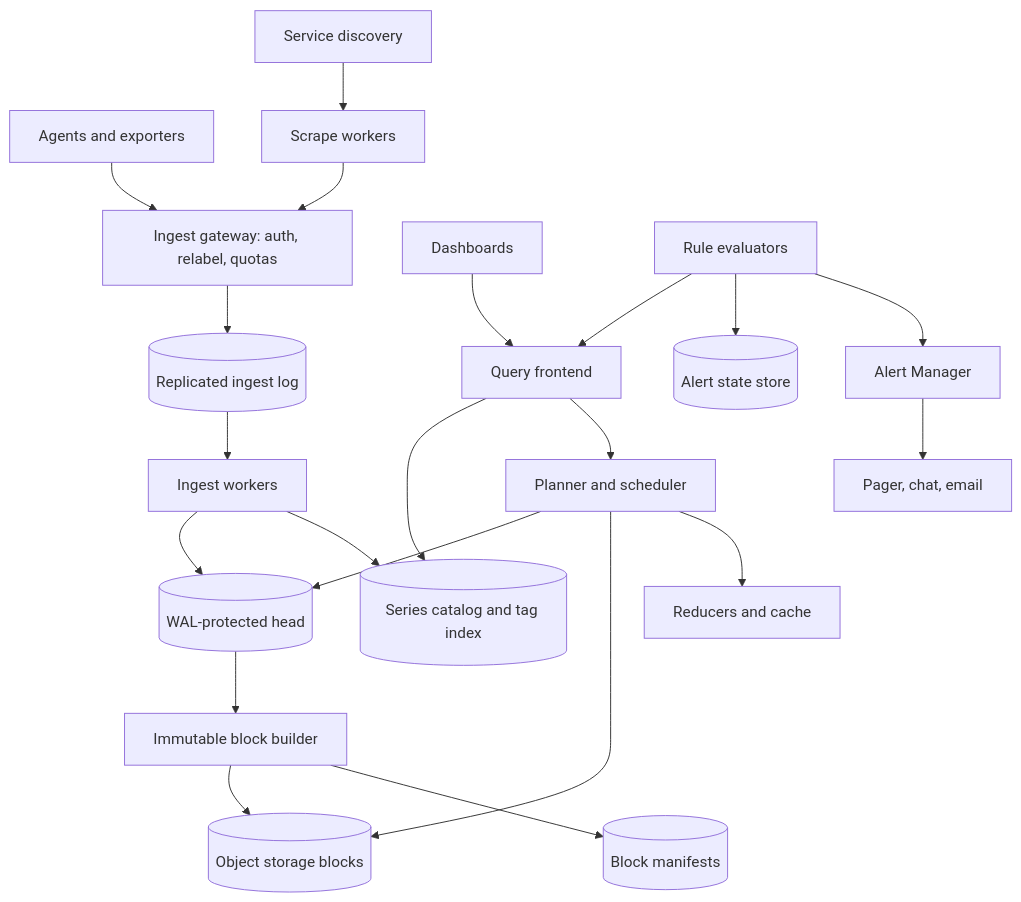
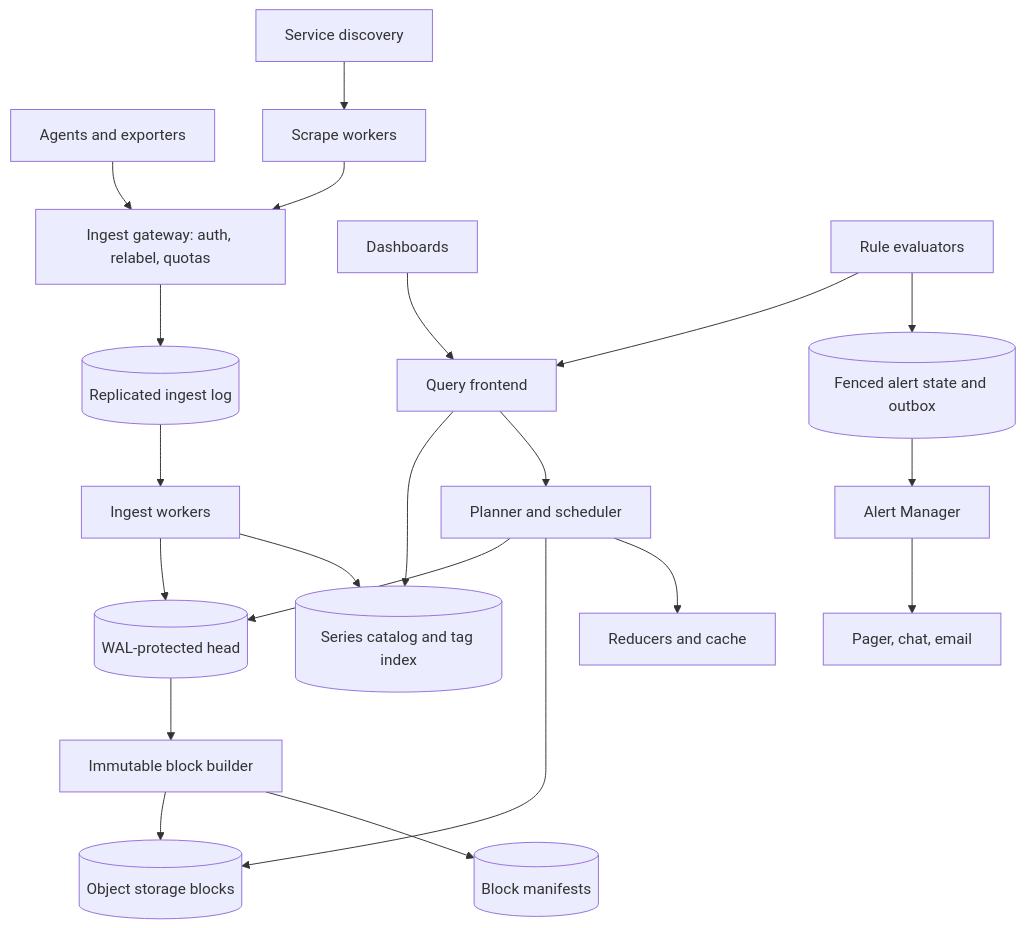
Before and after one commit to Pranshu258/system-design: the second of 5 diagrams in metrics-monitoring-system-design.md, drawn with Mermaid. The commit also changed other lines of this file and 23 other files, not shown here.

````diff
--- a/metrics-monitoring-system-design.md
+++ b/metrics-monitoring-system-design.md
@@ -185,23 +186,23 @@
 ```mermaid
 flowchart TD
     A["Agents and exporters"] --> G["Ingest gateway: auth, relabel, quotas"]
     S["Scrape workers"] --> G
     SD["Service discovery"] --> S
     G --> L[("Replicated ingest log")]
     L --> W["Ingest workers"]
     W --> H[("WAL-protected head")]
     W --> C[("Series catalog and tag index")]
     H --> B["Immutable block builder"]
     B --> O[("Object storage blocks")]
     B --> M[("Block manifests")]
     QF["Query frontend"] --> C
     QF --> QP["Planner and scheduler"]
     QP --> H
     QP --> O
     QP --> R["Reducers and cache"]
     UI["Dashboards"] --> QF
     AE["Rule evaluators"] --> QF
-    AE --> AS[("Alert state store")]
-    AE --> AM["Alert Manager"]
+    AE --> AS[("Fenced alert state and outbox")]
+    AS --> AM["Alert Manager"]
     AM --> N["Pager, chat, email"]
 ```
````
